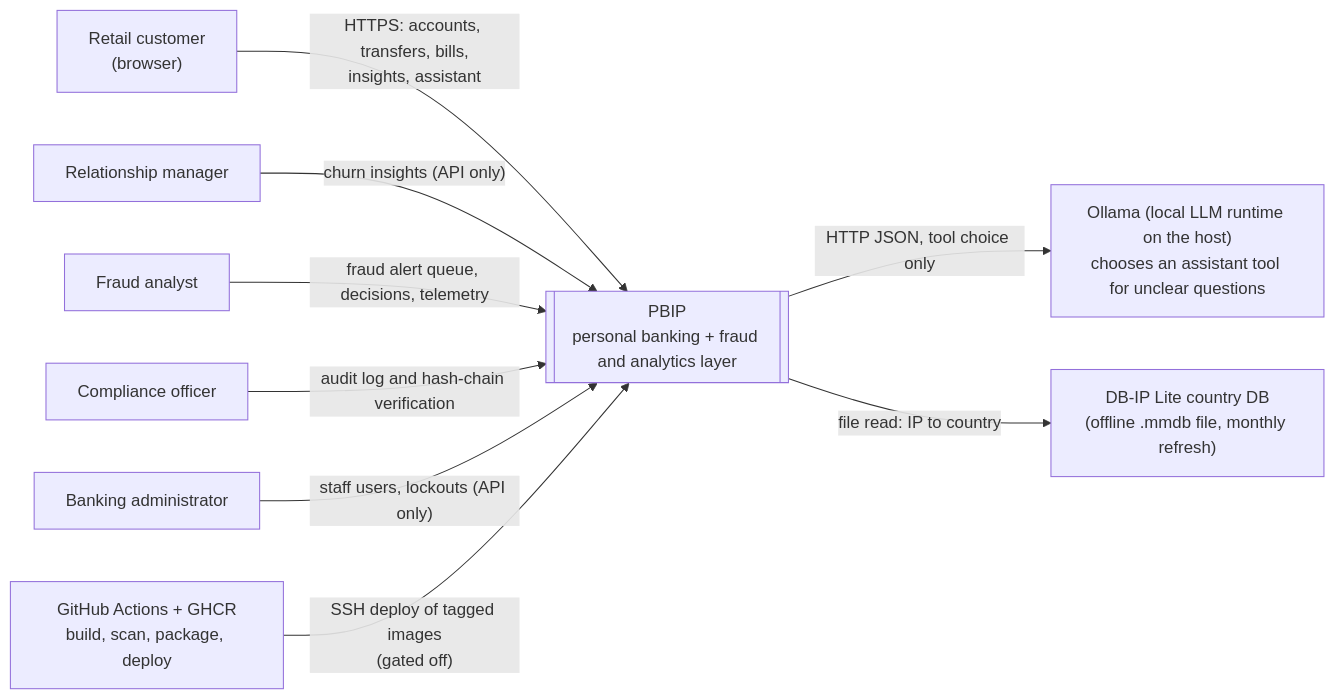
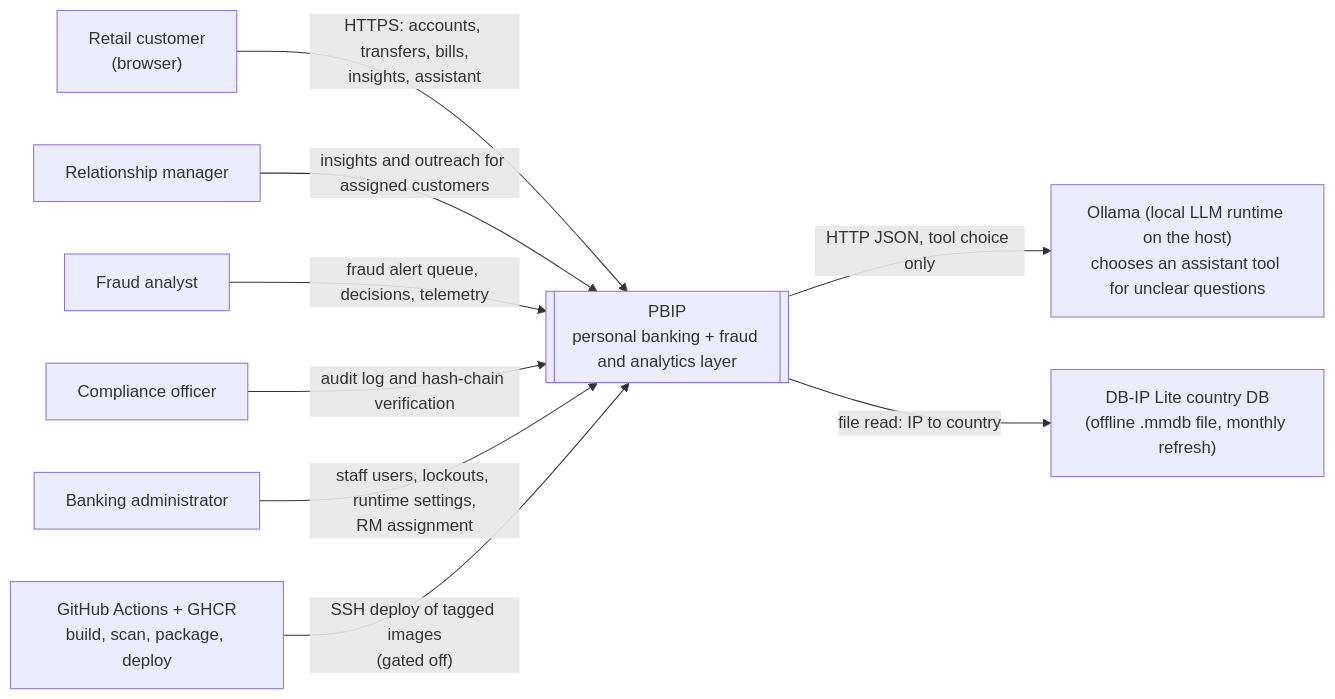
Before and after one commit to rachitst/pbip: the first of 3 diagrams in docs/architecture/HLD.md, drawn with Mermaid. The commit also changed other lines of this file and 6 other files, not shown here.

````diff
--- a/docs/architecture/HLD.md
+++ b/docs/architecture/HLD.md
@@ -50,21 +50,21 @@
 ```mermaid
 flowchart LR
     cust["Retail customer<br/>(browser)"]
     rm["Relationship manager"]
     fa["Fraud analyst"]
     co["Compliance officer"]
     adm["Banking administrator"]
     pbip[["PBIP<br/>personal banking + fraud and analytics layer"]]
     ollama["Ollama (local LLM runtime on the host)<br/>chooses an assistant tool for unclear questions"]
     geoip["DB-IP Lite country DB<br/>(offline .mmdb file, monthly refresh)"]
     gh["GitHub Actions + GHCR<br/>build, scan, package, deploy"]
 
     cust -->|"HTTPS: accounts, transfers, bills,<br/>insights, assistant"| pbip
-    rm -->|"churn insights (API only)"| pbip
+    rm -->|"insights and outreach for assigned customers"| pbip
     fa -->|"fraud alert queue, decisions, telemetry"| pbip
     co -->|"audit log and hash-chain verification"| pbip
-    adm -->|"staff users, lockouts (API only)"| pbip
+    adm -->|"staff users, lockouts, runtime settings,<br/>RM assignment"| pbip
     pbip -->|"HTTP JSON, tool choice only"| ollama
     pbip -->|"file read: IP to country"| geoip
     gh -->|"SSH deploy of tagged images<br/>(gated off)"| pbip
 ```
````
